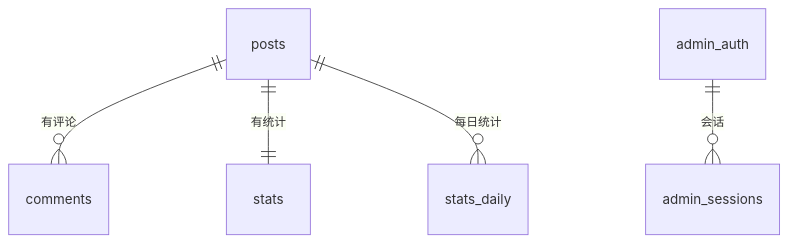
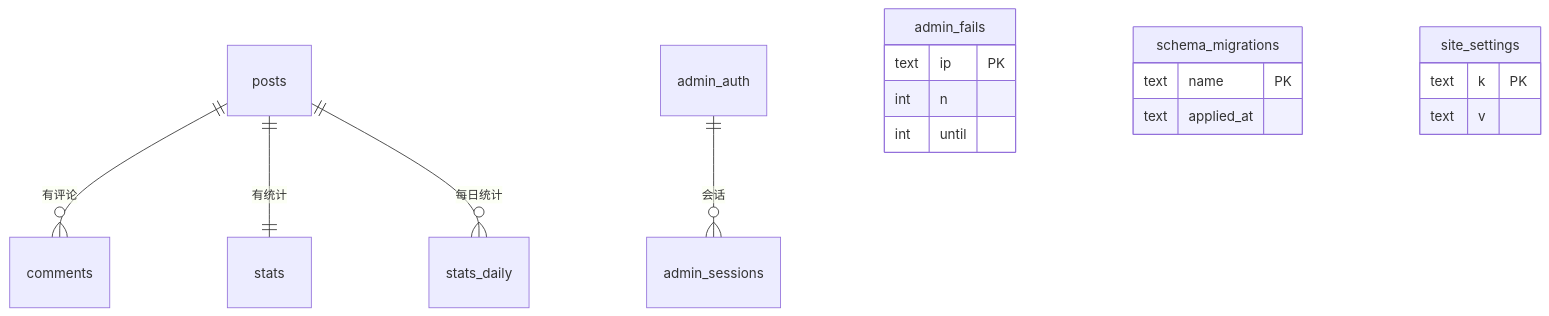
Before and after one commit to kejiland/qingyu-docs: the diagram in schema.mdx, drawn with Mermaid. The commit also changed other lines of this file and 24 other files, not shown here.

````diff
--- a/schema.mdx
+++ b/schema.mdx
@@ -153,7 +219,20 @@
 ```mermaid
 erDiagram
     posts ||--o{ comments : "有评论"
     posts ||--|| stats : "有统计"
     posts ||--o{ stats_daily : "每日统计"
     admin_auth ||--o{ admin_sessions : "会话"
+    admin_fails {
+        text ip PK
+        int n
+        int until
+    }
+    schema_migrations {
+        text name PK
+        text applied_at
+    }
+    site_settings {
+        text k PK
+        text v
+    }
 ```
````
